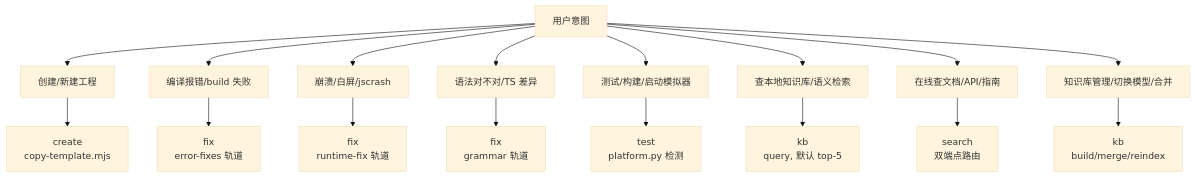
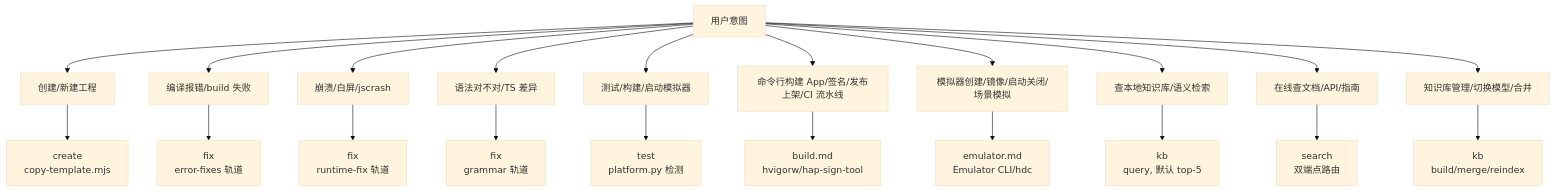
The first of 2 diagrams in SKILL.md (Kirky-X/hap-dev), drawn with Mermaid (base theme) before and after one commit. The commit also changed other lines of this file and 21 other files, not shown here.

````diff
--- a/SKILL.md
+++ b/SKILL.md
@@ -25,19 +25,23 @@
 ```mermaid
 flowchart TD
     A[用户意图] --> B["创建/新建工程"]
     A --> D["编译报错/build 失败"]
     A --> F["崩溃/白屏/jscrash"]
     A --> H["语法对不对/TS 差异"]
     A --> J["测试/构建/启动模拟器"]
+    A --> K2["命令行构建 App/签名/发布上架/CI 流水线"]
+    A --> K3["模拟器创建/镜像/启动关闭/场景模拟"]
     A --> L["查本地知识库/语义检索"]
     A --> N["在线查文档/API/指南"]
     A --> P["知识库管理/切换模型/合并"]
     B --> C[create<br/>copy-template.mjs]
     D --> E[fix<br/>error-fixes 轨道]
     F --> G[fix<br/>runtime-fix 轨道]
     H --> I[fix<br/>grammar 轨道]
     J --> K[test<br/>platform.py 检测]
+    K2 --> K4[build.md<br/>hvigorw/hap-sign-tool]
+    K3 --> K5[emulator.md<br/>Emulator CLI/hdc]
     L --> M[kb<br/>query, 默认 top-5]
     N --> O[search<br/>双端点路由]
     P --> Q[kb<br/>build/merge/reindex]
 ```
````
